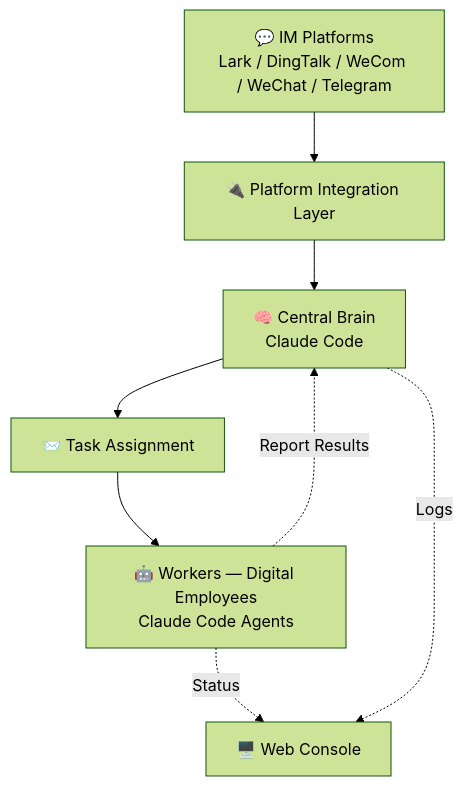
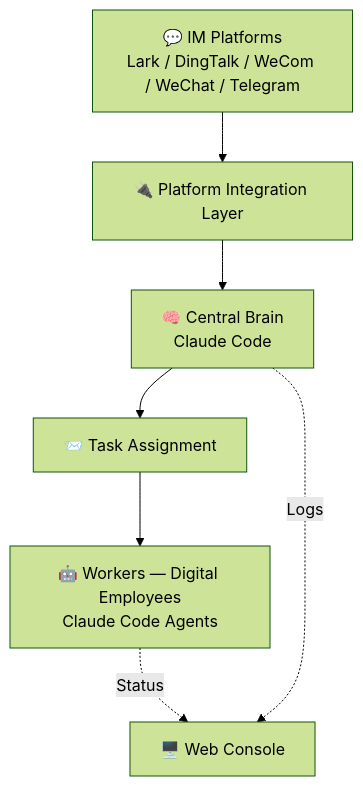
One commit to theopenbee/openbee changed the diagram in README.md. Above: the diagram before and after it, drawn with Mermaid (forest theme). The commit also changed other lines of this file and 1 other file, not shown here.

First line of the commit message:
docs: remove worker report-to-brain description from README

````diff
--- a/README.md
+++ b/README.md
@@ -111,10 +111,9 @@
 ```mermaid
 graph TD
     A["💬 IM Platforms\nLark / DingTalk / WeCom / WeChat / Telegram"] --> B["🔌 Platform Integration Layer"]
     B --> C["🧠 Central Brain\nClaude Code"]
     C --> D["📨 Task Assignment"]
     D --> E["🤖 Workers — Digital Employees\nClaude Code Agents"]
-    E -. "Report Results" .-> C
     E -. "Status" .-> F["🖥️ Web Console"]
     C -. "Logs" .-> F
 ```
````
